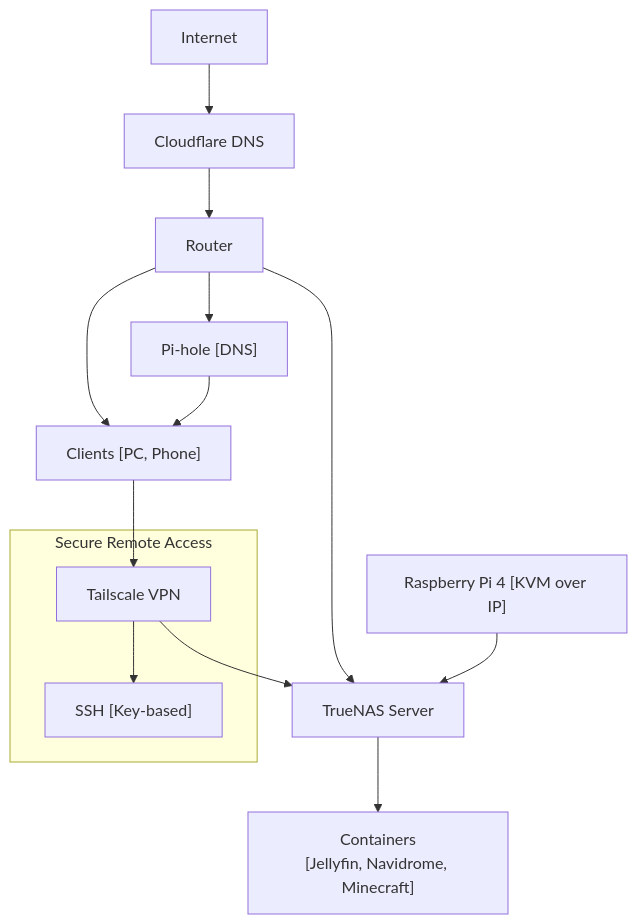
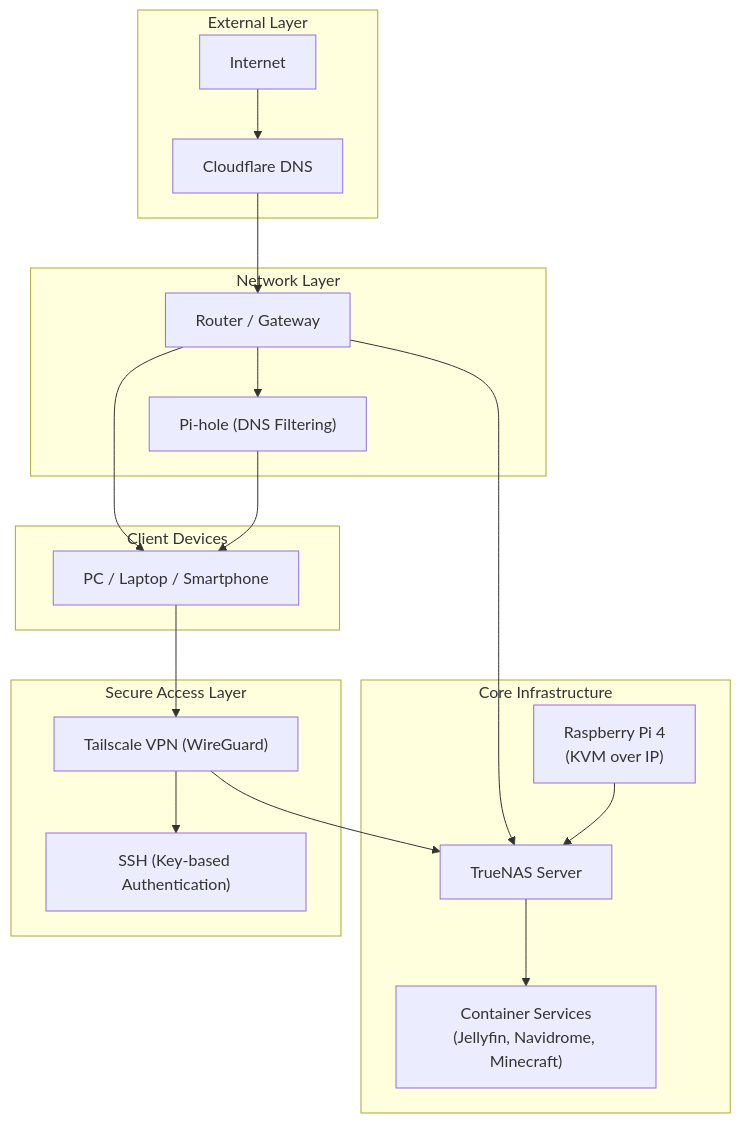
Before and after one commit to seegerd89/Homelab: the diagram in ntdiagram.md, drawn with Mermaid.

````diff
--- a/ntdiagram.md
+++ b/ntdiagram.md
@@ -2,22 +2,40 @@
 ```mermaid
-flowchart TD
-Internet[" Internet"]
-Cloudflare[" Cloudflare DNS"]
-Router[" Router"]
+flowchart TB
+%% ========== EXTERNAL LAYER ==========
+subgraph External["External Layer"]
+Internet["Internet"]
+Cloudflare["Cloudflare DNS"]
+end
+%% ========== EDGE / NETWORK ==========
+subgraph Network["Network Layer"]
+Router["Router / Gateway"]
+PiHole["Pi-hole (DNS Filtering)"]
+end
+%% ========== CORE INFRA ==========
+subgraph Infrastructure["Core Infrastructure"]
+TrueNAS["TrueNAS Server"]
+Containers["Container Services\n(Jellyfin, Navidrome, Minecraft)"]
+KVM["Raspberry Pi 4\n(KVM over IP)"]
+end
+%% ========== CLIENTS ==========
+subgraph Clients["Client Devices"]
+Devices["PC / Laptop / Smartphone"]
+end
+%% ========== SECURITY / ACCESS ==========
+subgraph Access["Secure Access Layer"]
+Tailscale["Tailscale VPN (WireGuard)"]
+SSH["SSH (Key-based Authentication)"]
+end
+%% ========== CONNECTIONS ==========
 Internet --> Cloudflare
 Cloudflare --> Router
-Router --> TrueNAS[" TrueNAS Server"]
-Router --> PiHole[" Pi-hole [DNS]"]
-Router --> Clients[" Clients [PC, Phone]"]
-TrueNAS --> Containers[" Containers\n[Jellyfin, Navidrome, Minecraft]"]
-PiHole --> Clients
-KVM[" Raspberry Pi 4 [KVM over IP]"]
+Router --> PiHole
+Router --> TrueNAS
+Router --> Devices
+PiHole --> Devices
+TrueNAS --> Containers
 KVM --> TrueNAS
-subgraph RemoteAccess[" Secure Remote Access"]
-Tailscale[" Tailscale VPN"]
-SSH["SSH [Key-based]"]
-end
-Clients --> Tailscale
+Devices --> Tailscale
 Tailscale --> TrueNAS
 Tailscale --> SSH
 ```
````
